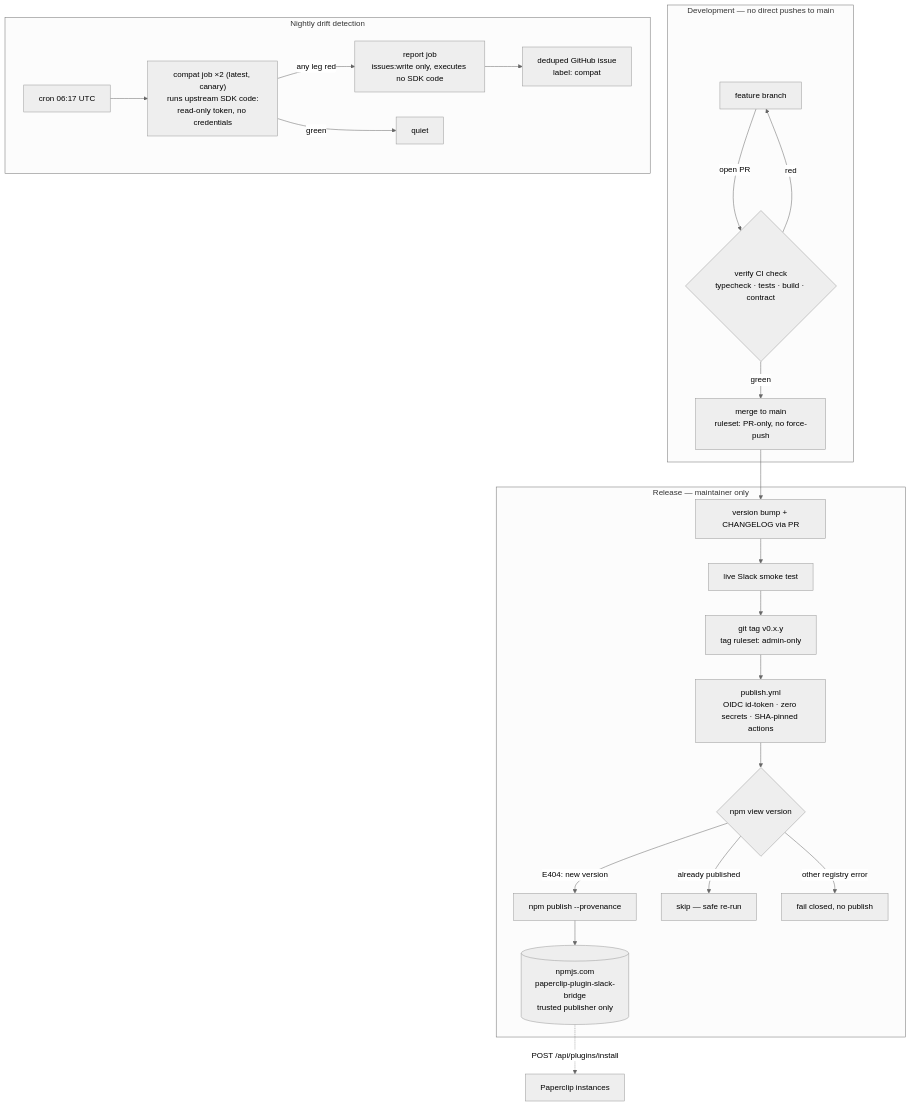
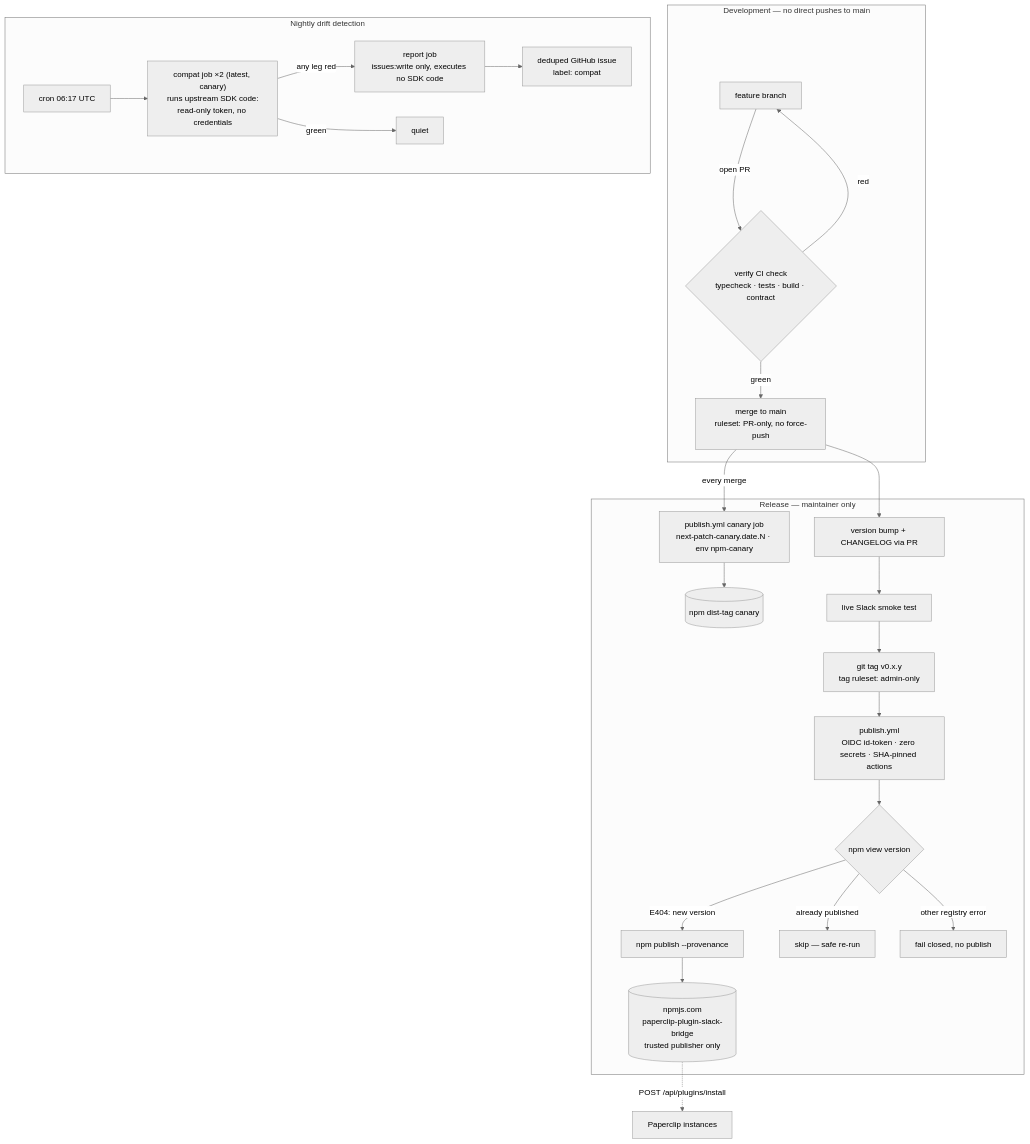
One commit to fischk/paperclip-plugin-slack-bridge changed the diagram in docs/RELEASING.md. Above: the diagram before and after it, drawn with Mermaid (neutral theme). The commit also changed other lines of this file and 3 other files, not shown here.

First line of the commit message:
version-scheme hardening: canary convention, publish concurrency, tag guard

````diff
--- a/docs/RELEASING.md
+++ b/docs/RELEASING.md
@@ -6,29 +6,31 @@
 ```mermaid
 flowchart TD
     subgraph dev [Development — no direct pushes to main]
         A[feature branch] -->|open PR| B{verify CI check<br/>typecheck · tests · build · contract}
         B -->|red| A
         B -->|green| C[merge to main<br/>ruleset: PR-only, no force-push]
     end
 
     subgraph rel [Release — maintainer only]
+        C -->|every merge| CY["publish.yml canary job<br/>next-patch-canary.date.N · env npm-canary"]
+        CY --> NC[("npm dist-tag canary")]
         C --> D[version bump + CHANGELOG via PR]
         D --> E[live Slack smoke test]
         E --> F[git tag v0.x.y<br/>tag ruleset: admin-only]
         F --> G[publish.yml<br/>OIDC id-token · zero secrets · SHA-pinned actions]
         G --> H{npm view version}
         H -->|E404: new version| I[npm publish --provenance]
         H -->|already published| J[skip — safe re-run]
         H -->|other registry error| K[fail closed, no publish]
         I --> N[("npmjs.com<br/>paperclip-plugin-slack-bridge<br/>trusted publisher only")]
     end
 
     subgraph night [Nightly drift detection]
         S[cron 06:17 UTC] --> T["compat job ×2 (latest, canary)<br/>runs upstream SDK code:<br/>read-only token, no credentials"]
         T -->|any leg red| U[report job<br/>issues:write only, executes no SDK code]
         U --> V[deduped GitHub issue<br/>label: compat]
         T -->|green| W[quiet]
     end
 
     N -.->|POST /api/plugins/install| P[Paperclip instances]
 ```
````
